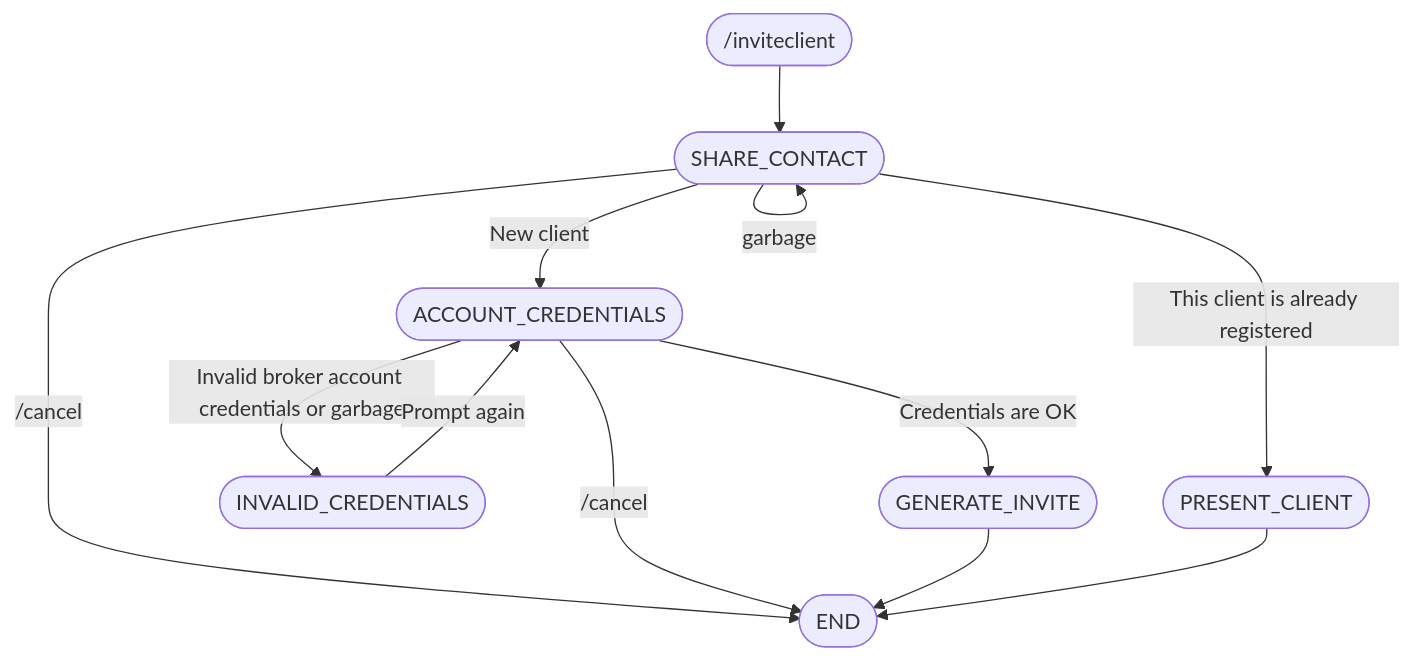
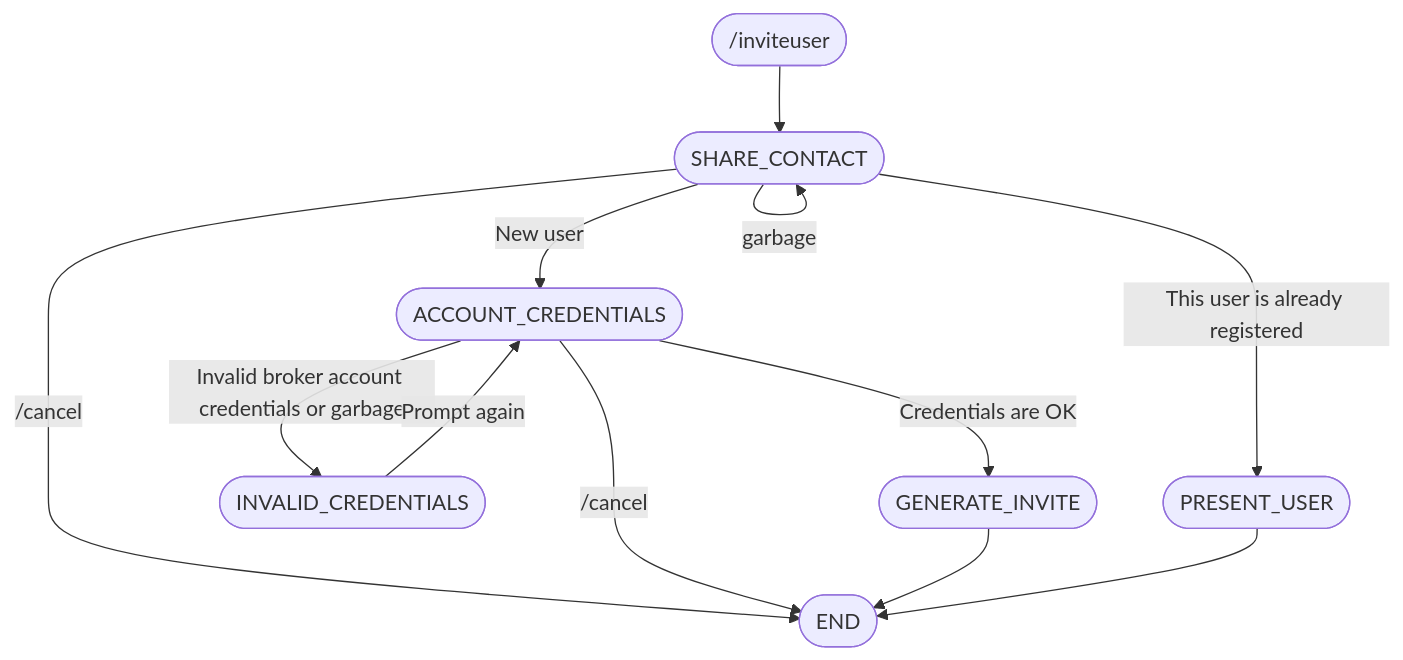
The diagram in diagrams/flows/admin_inviteclient.mmd (Oress/tg_mt5_bot), drawn with Mermaid before and after one commit. The commit also changed 16 other files, not shown here.

Commit message:
Update requirements.txt. Add ORM and postgres driver. split main into modules. Use SharedUser in invite flow. Add password encryptor class. Generate initial invite for the superadmin. replace hardcoded token with env. variable.

```diff
--- a/diagrams/flows/admin_inviteclient.mmd
+++ b/diagrams/flows/admin_inviteclient.mmd
@@ -1,20 +1,20 @@
 flowchart TD
-    START(["/inviteclient"])
+    START(["/inviteuser"])
     SHARE_CONTACT(["SHARE_CONTACT"])
-    PRESENT_CLIENT(["PRESENT_CLIENT"])
+    PRESENT_USER(["PRESENT_USER"])
     ACCOUNT_CREDENTIALS(["ACCOUNT_CREDENTIALS"])
     INVALID_CREDENTIALS(["INVALID_CREDENTIALS"])
     GENERATE_INVITE(["GENERATE_INVITE"])
     END(["END"])
 
     START --> SHARE_CONTACT
-    SHARE_CONTACT --> |This client is already registered| PRESENT_CLIENT
-    SHARE_CONTACT --> |New client| ACCOUNT_CREDENTIALS
+    SHARE_CONTACT --> |This user is already registered| PRESENT_USER
+    SHARE_CONTACT --> |New user| ACCOUNT_CREDENTIALS
     SHARE_CONTACT --> |/cancel| END
     SHARE_CONTACT --> |garbage| SHARE_CONTACT
     ACCOUNT_CREDENTIALS --> |Invalid broker account credentials or garbage| INVALID_CREDENTIALS
     INVALID_CREDENTIALS --> |Prompt again| ACCOUNT_CREDENTIALS
     ACCOUNT_CREDENTIALS --> |Credentials are OK| GENERATE_INVITE
     ACCOUNT_CREDENTIALS --> |/cancel| END
     GENERATE_INVITE --> END
-    PRESENT_CLIENT --> END
+    PRESENT_USER --> END
```
